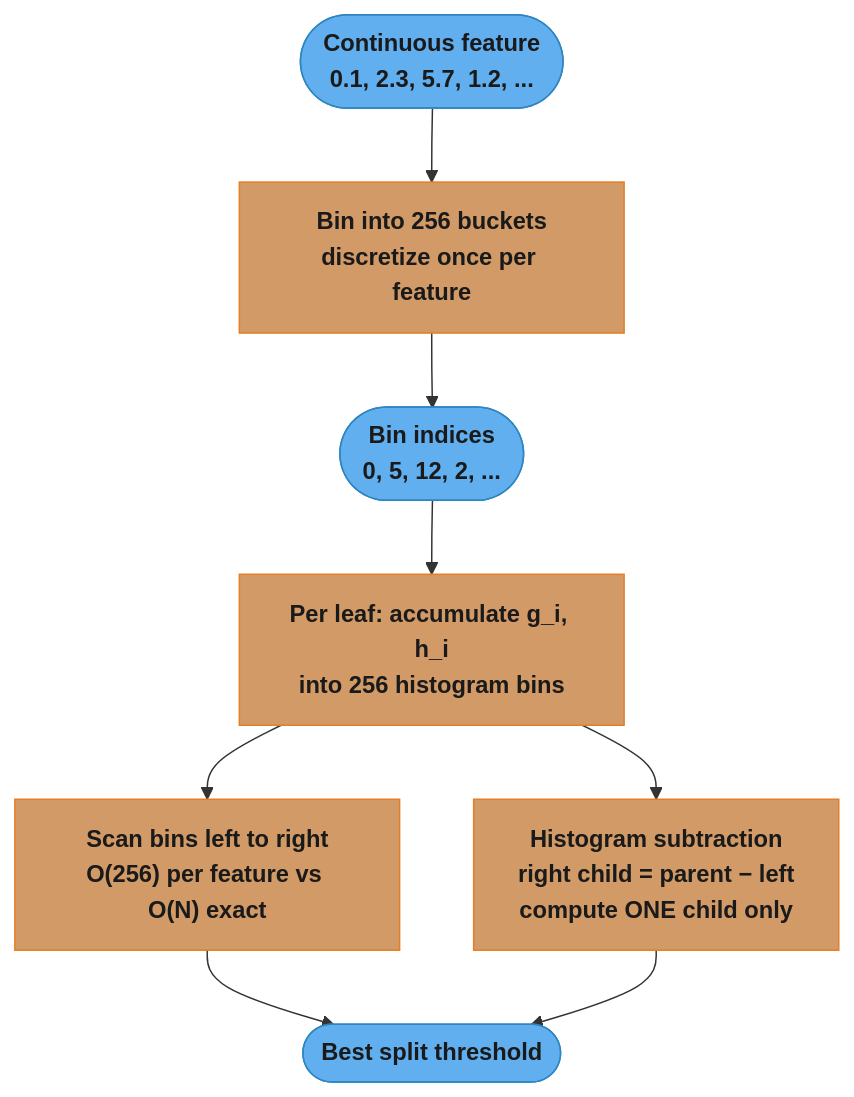
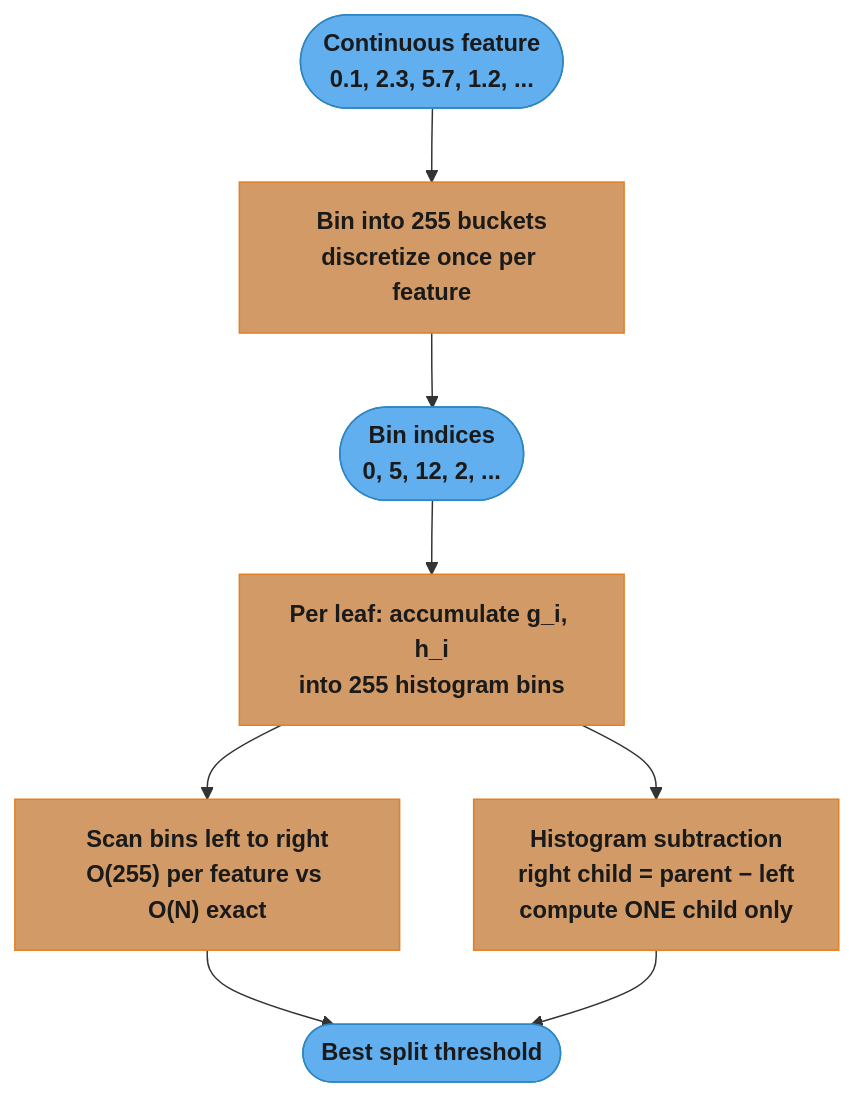
The second of 4 diagrams in src/main/java/com/rutik/systemdesign/ml/ensemble_methods/xgboost_lightgbm.md (rppol/system-design), drawn with Mermaid before and after one commit. The commit also changed other lines of this file and 114 other files, not shown here.

````diff
--- a/src/main/java/com/rutik/systemdesign/ml/ensemble_methods/xgboost_lightgbm.md
+++ b/src/main/java/com/rutik/systemdesign/ml/ensemble_methods/xgboost_lightgbm.md
@@ -379,21 +387,21 @@
 ```mermaid
 flowchart TD
     classDef io      fill:#61afef,stroke:#2e86c1,color:#1a1a1a,font-weight:bold
     classDef frozen  fill:#c678dd,stroke:#9b59b6,color:#fff
     classDef train   fill:#98c379,stroke:#27ae60,color:#1a1a1a
     classDef mathOp  fill:#d19a66,stroke:#e67e22,color:#1a1a1a,font-weight:bold
     classDef lossN   fill:#e06c75,stroke:#c0392b,color:#fff,font-weight:bold
     classDef req     fill:#56b6c2,stroke:#0097a7,color:#1a1a1a
     classDef base    fill:#e5c07b,stroke:#f39c12,color:#1a1a1a
 
-    raw(["Continuous feature\n0.1, 2.3, 5.7, 1.2, ..."]) --> bin["Bin into 256 buckets\ndiscretize once per feature"]
+    raw(["Continuous feature\n0.1, 2.3, 5.7, 1.2, ..."]) --> bin["Bin into 255 buckets\ndiscretize once per feature"]
     bin --> idx(["Bin indices\n0, 5, 12, 2, ..."])
-    idx --> acc["Per leaf: accumulate g_i, h_i\ninto 256 histogram bins"]
-    acc --> scan["Scan bins left to right\nO(256) per feature vs O(N) exact"]
+    idx --> acc["Per leaf: accumulate g_i, h_i\ninto 255 histogram bins"]
+    acc --> scan["Scan bins left to right\nO(255) per feature vs O(N) exact"]
     acc --> sub["Histogram subtraction\nright child = parent − left\ncompute ONE child only"]
     scan --> best(["Best split threshold"])
     sub --> best
 
     class raw,idx,best io
     class bin,acc,scan,sub mathOp
 ```
````
